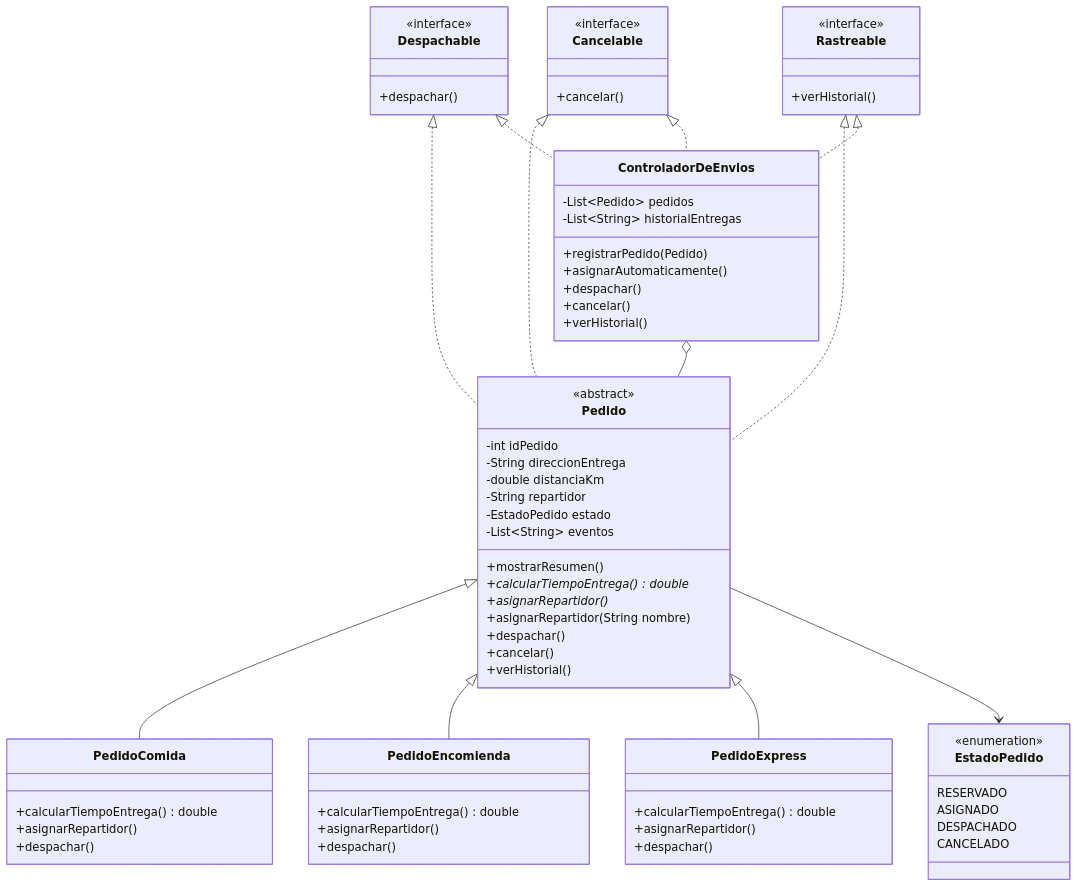
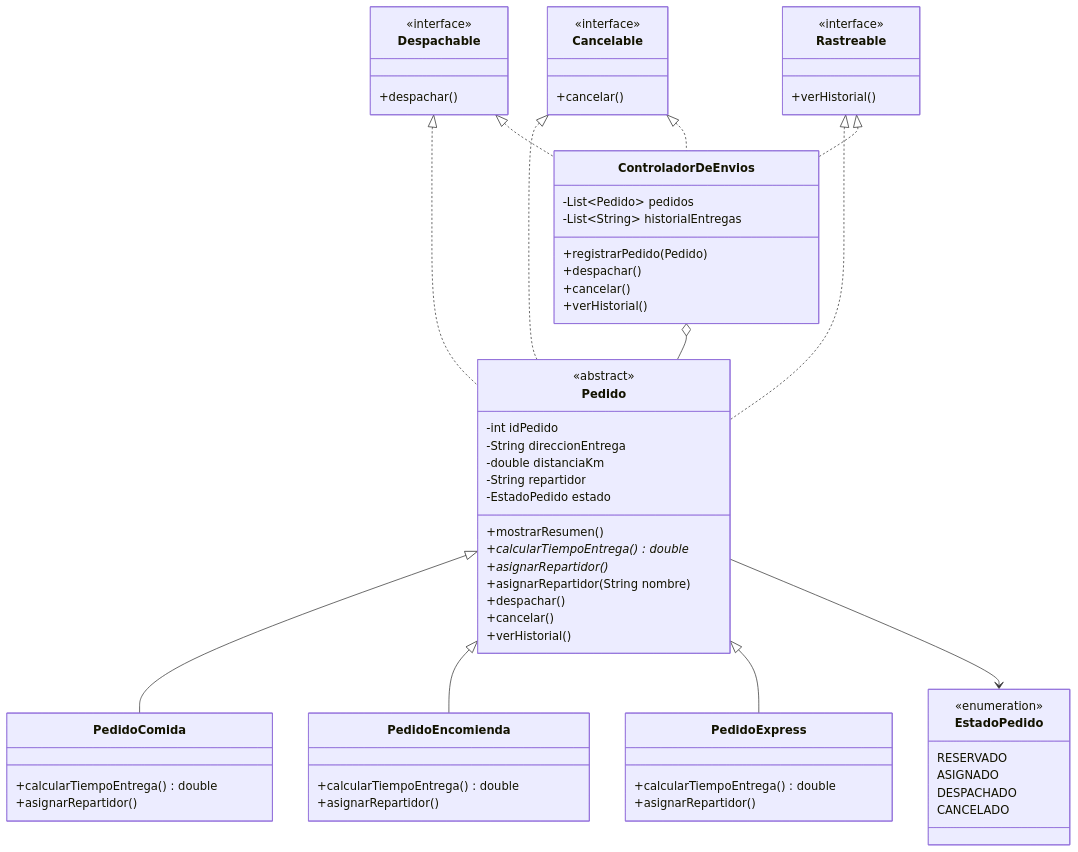
Before and after one commit to Be-ri-lo/SpeedFast-Poliformismo: the diagram in semana 3/README.md, drawn with Mermaid. The commit also changed other lines of this file and 8 other files, not shown here.

````diff
--- a/semana 3/README.md
+++ b/semana 3/README.md
@@ -65,78 +67,73 @@
 ```mermaid
 classDiagram
     class Despachable {
         <<interface>>
         +despachar()
     }
     class Cancelable {
         <<interface>>
         +cancelar()
     }
     class Rastreable {
         <<interface>>
         +verHistorial()
     }
 
     class Pedido {
         <<abstract>>
         -int idPedido
         -String direccionEntrega
         -double distanciaKm
         -String repartidor
         -EstadoPedido estado
-        -List~String~ eventos
         +mostrarResumen()
         +calcularTiempoEntrega()* double
         +asignarRepartidor()*
         +asignarRepartidor(String nombre)
         +despachar()
         +cancelar()
         +verHistorial()
     }
 
     class PedidoComida {
         +calcularTiempoEntrega() double
         +asignarRepartidor()
-        +despachar()
     }
     class PedidoEncomienda {
         +calcularTiempoEntrega() double
         +asignarRepartidor()
-        +despachar()
     }
     class PedidoExpress {
         +calcularTiempoEntrega() double
         +asignarRepartidor()
-        +despachar()
     }
 
     class ControladorDeEnvios {
         -List~Pedido~ pedidos
         -List~String~ historialEntregas
         +registrarPedido(Pedido)
-        +asignarAutomaticamente()
         +despachar()
         +cancelar()
         +verHistorial()
     }
 
     class EstadoPedido {
         <<enumeration>>
         RESERVADO
         ASIGNADO
         DESPACHADO
         CANCELADO
     }
 
     Despachable <|.. Pedido
     Cancelable <|.. Pedido
     Rastreable <|.. Pedido
     Despachable <|.. ControladorDeEnvios
     Cancelable <|.. ControladorDeEnvios
     Rastreable <|.. ControladorDeEnvios
     Pedido <|-- PedidoComida
     Pedido <|-- PedidoEncomienda
     Pedido <|-- PedidoExpress
     Pedido --> EstadoPedido
     ControladorDeEnvios o-- Pedido
 ```
````
